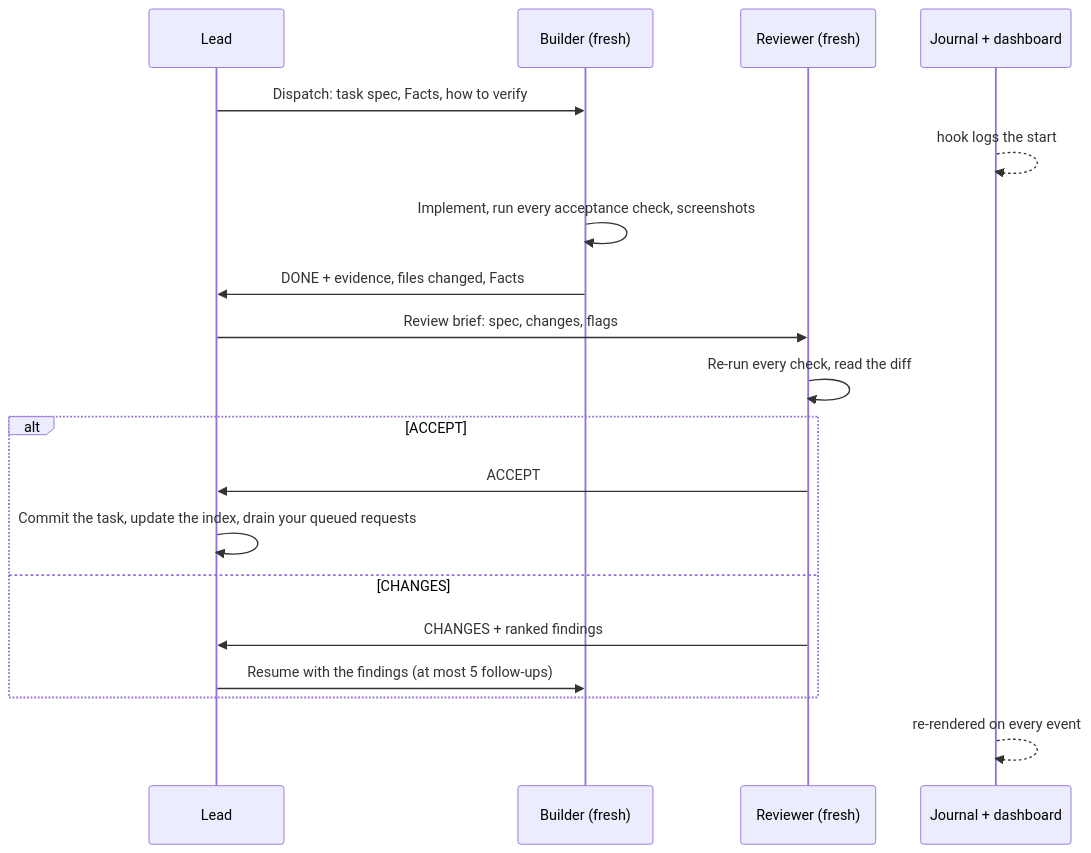
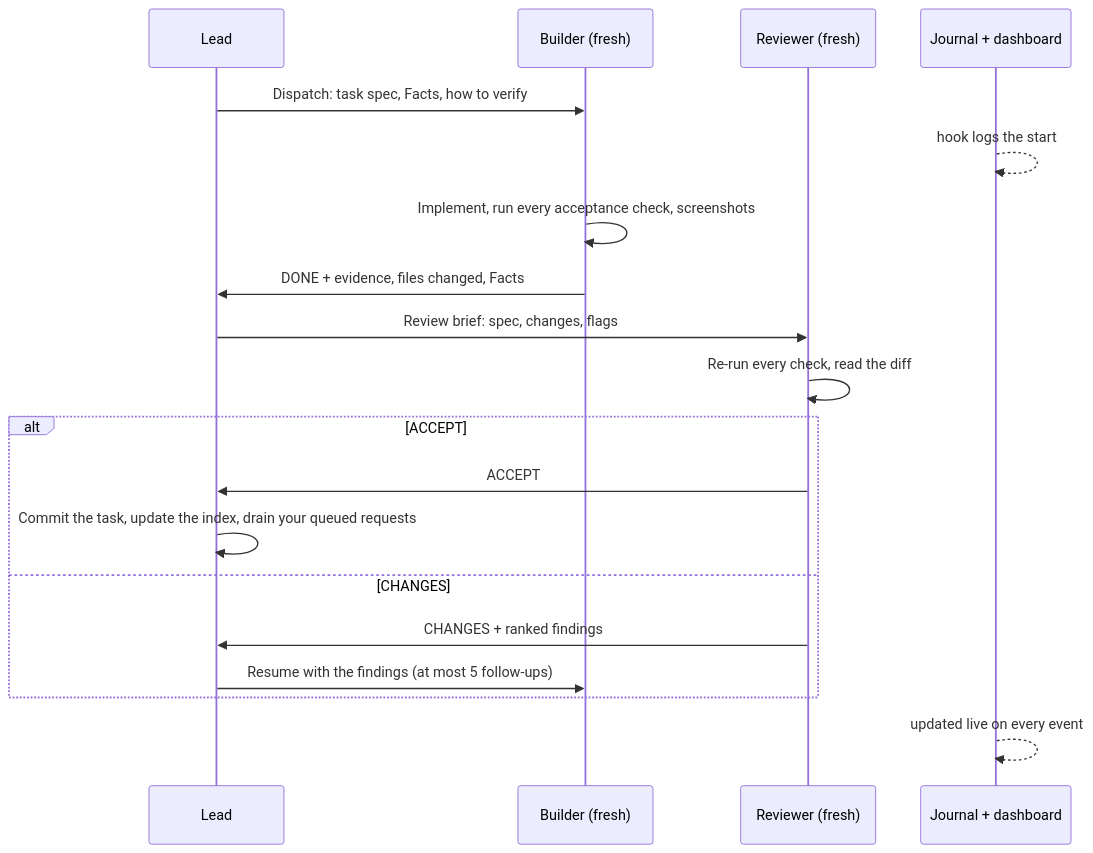
Before and after one commit to claudio-silva/ai-toolbox: the second of 4 diagrams in skills/claude-code/crew/README.md, drawn with Mermaid. The commit also changed other lines of this file and 70 other files, not shown here.

````diff
--- a/skills/claude-code/crew/README.md
+++ b/skills/claude-code/crew/README.md
@@ -44,21 +44,21 @@
 ```mermaid
 sequenceDiagram
   participant L as Lead
   participant B as Builder (fresh)
   participant R as Reviewer (fresh)
   participant D as Journal + dashboard
   L->>B: Dispatch: task spec, Facts, how to verify
   D-->>D: hook logs the start
   B->>B: Implement, run every acceptance check, screenshots
   B->>L: DONE + evidence, files changed, Facts
   L->>R: Review brief: spec, changes, flags
   R->>R: Re-run every check, read the diff
   alt ACCEPT
     R->>L: ACCEPT
     L->>L: Commit the task, update the index, drain your queued requests
   else CHANGES
     R->>L: CHANGES + ranked findings
     L->>B: Resume with the findings (at most 5 follow-ups)
   end
-  D-->>D: re-rendered on every event
+  D-->>D: updated live on every event
 ```
````
